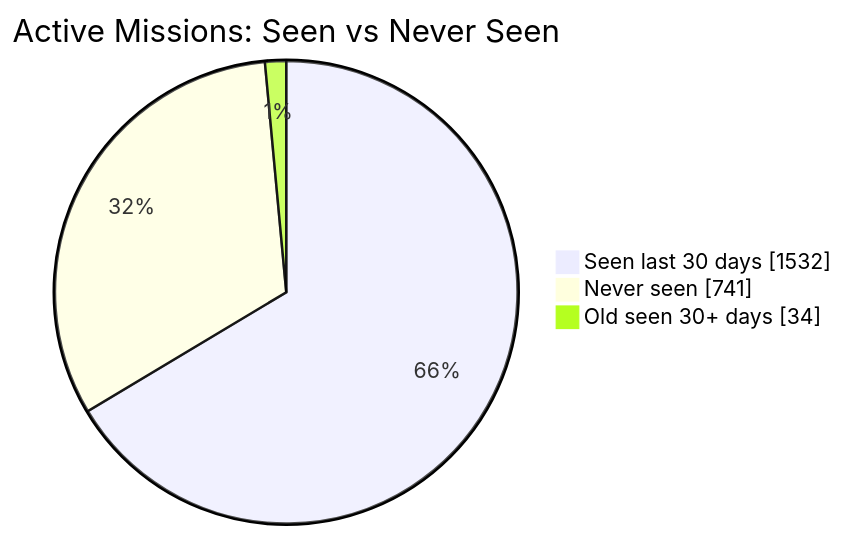
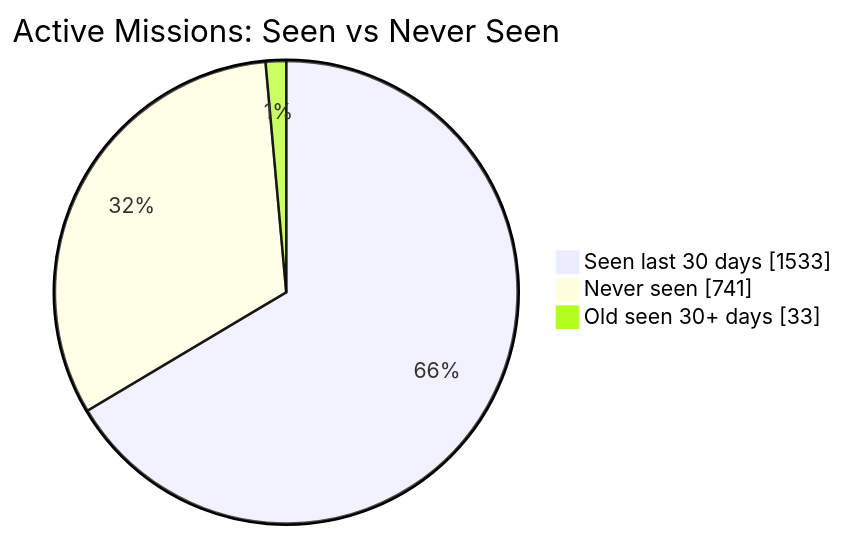
The first of 2 diagrams in README.md (MeldkamerspelGameTeam/active-missions), drawn with Mermaid before and after one commit. The commit also changed other lines of this file and 3 other files, not shown here.

````diff
--- a/README.md
+++ b/README.md
@@ -34,7 +34,7 @@
 ```mermaid
 pie showData
     title Active Missions: Seen vs Never Seen
-    "Seen last 30 days" : 1532
+    "Seen last 30 days" : 1533
     "Never seen" : 741
-    "Old seen 30+ days" : 34
+    "Old seen 30+ days" : 33
 ```
````
